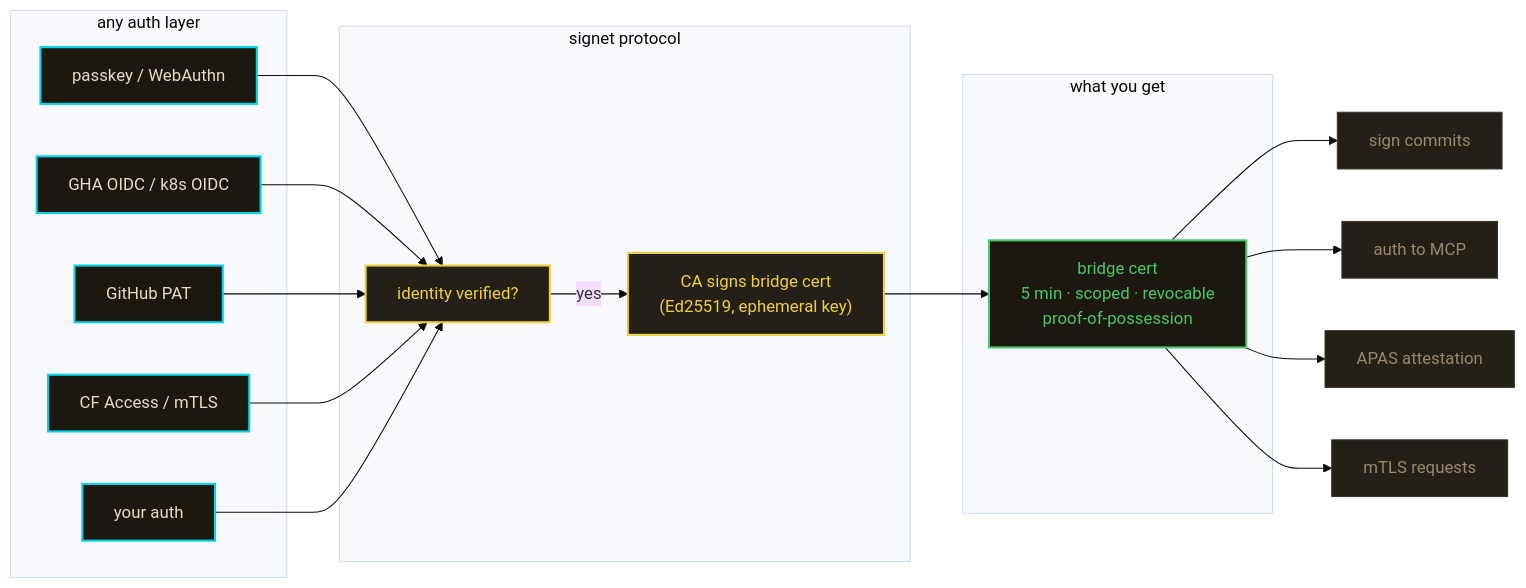
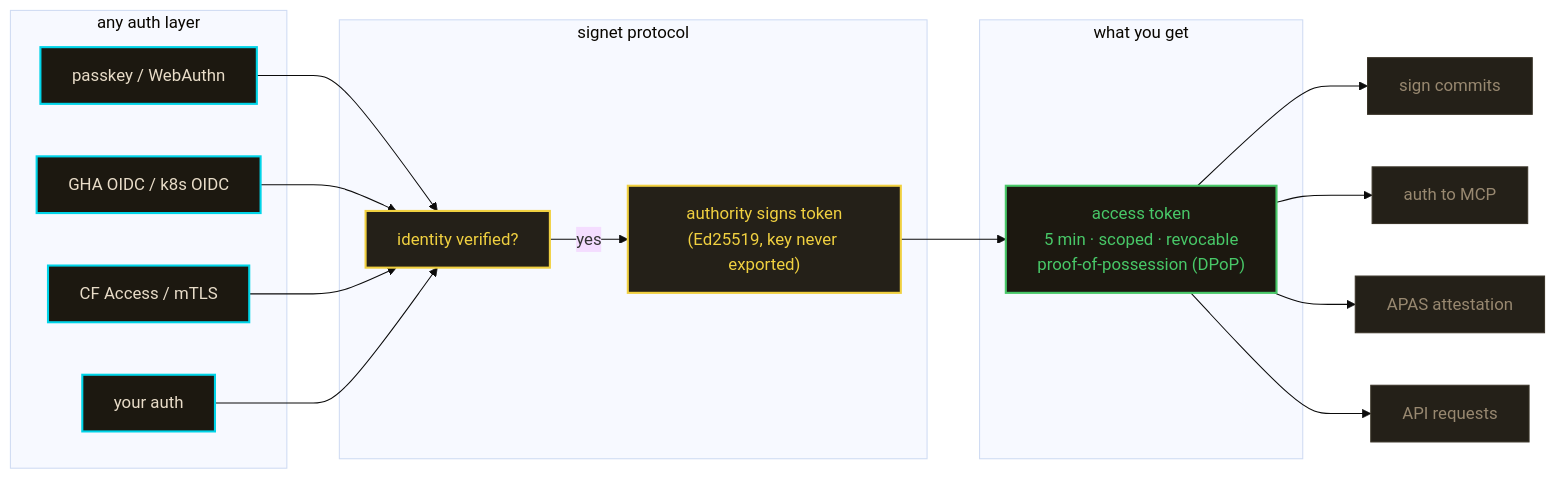
One commit to agentic-research/notme changed the second of 2 diagrams in README.md. Above: the diagram before and after it, drawn with Mermaid (base theme). The commit also changed other lines of this file and 2 other files, not shown here.

First line of the commit message:
docs: rewrite README + add ARCHITECTURE.md from mache analysis

````diff
--- a/README.md
+++ b/README.md
@@ -65,38 +65,36 @@
 ```mermaid
 graph LR
     classDef auth fill:#1c1810,stroke:#00d4e8,stroke-width:2px,color:#e8dcc8
     classDef protocol fill:#242018,stroke:#f0d040,stroke-width:2px,color:#f0d040
-    classDef cert fill:#1c1810,stroke:#48c868,stroke-width:2px,color:#48c868
+    classDef token fill:#1c1810,stroke:#48c868,stroke-width:2px,color:#48c868
     classDef use fill:#242018,stroke:#3a3428,stroke-width:1px,color:#988870
 
     subgraph auth_layer ["any auth layer"]
         Passkey["passkey / WebAuthn"]:::auth
         OIDC["GHA OIDC / k8s OIDC"]:::auth
-        PAT["GitHub PAT"]:::auth
         CFAccess["CF Access / mTLS"]:::auth
         Custom["your auth"]:::auth
     end
 
     subgraph signet_protocol ["signet protocol"]
         Verify["identity verified?"]:::protocol
-        CA["CA signs bridge cert<br/>(Ed25519, ephemeral key)"]:::protocol
+        Sign["authority signs token<br/>(Ed25519, key never exported)"]:::protocol
     end
 
     subgraph result ["what you get"]
-        Cert["bridge cert<br/>5 min · scoped · revocable<br/>proof-of-possession"]:::cert
+        Token["access token<br/>5 min · scoped · revocable<br/>proof-of-possession (DPoP)"]:::token
     end
 
     Passkey --> Verify
     OIDC --> Verify
-    PAT --> Verify
     CFAccess --> Verify
     Custom --> Verify
 
-    Verify -->|"yes"| CA
-    CA --> Cert
+    Verify -->|"yes"| Sign
+    Sign --> Token
 
-    Cert --> Git["sign commits"]:::use
-    Cert --> MCP["auth to MCP"]:::use
-    Cert --> APAS["APAS attestation"]:::use
-    Cert --> HTTP["mTLS requests"]:::use
+    Token --> Git["sign commits"]:::use
+    Token --> MCP["auth to MCP"]:::use
+    Token --> APAS["APAS attestation"]:::use
+    Token --> API["API requests"]:::use
 ```
````
